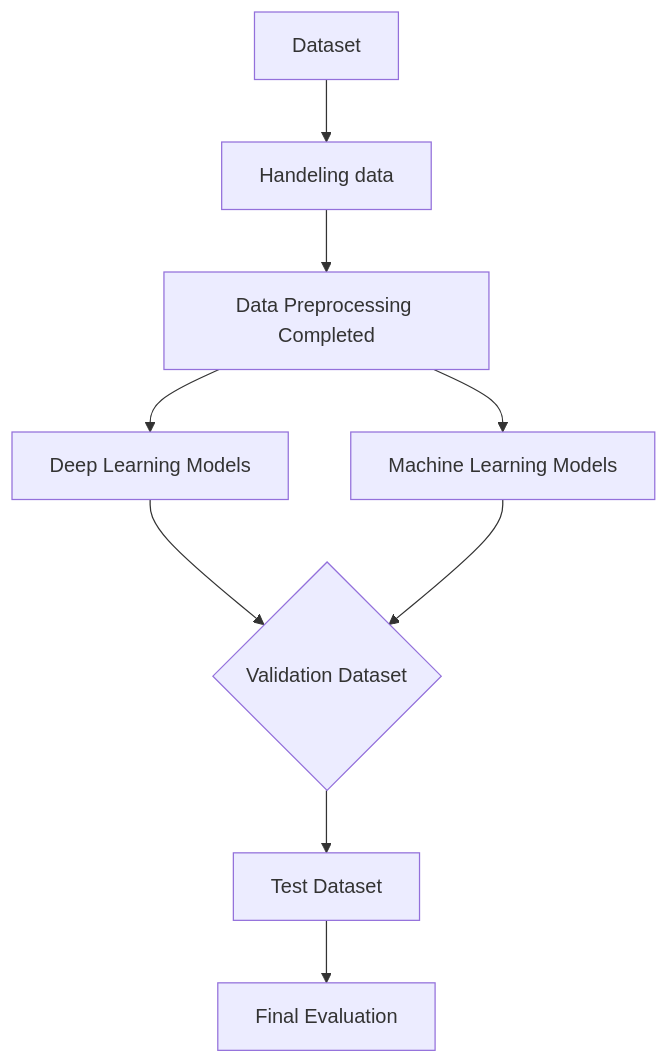
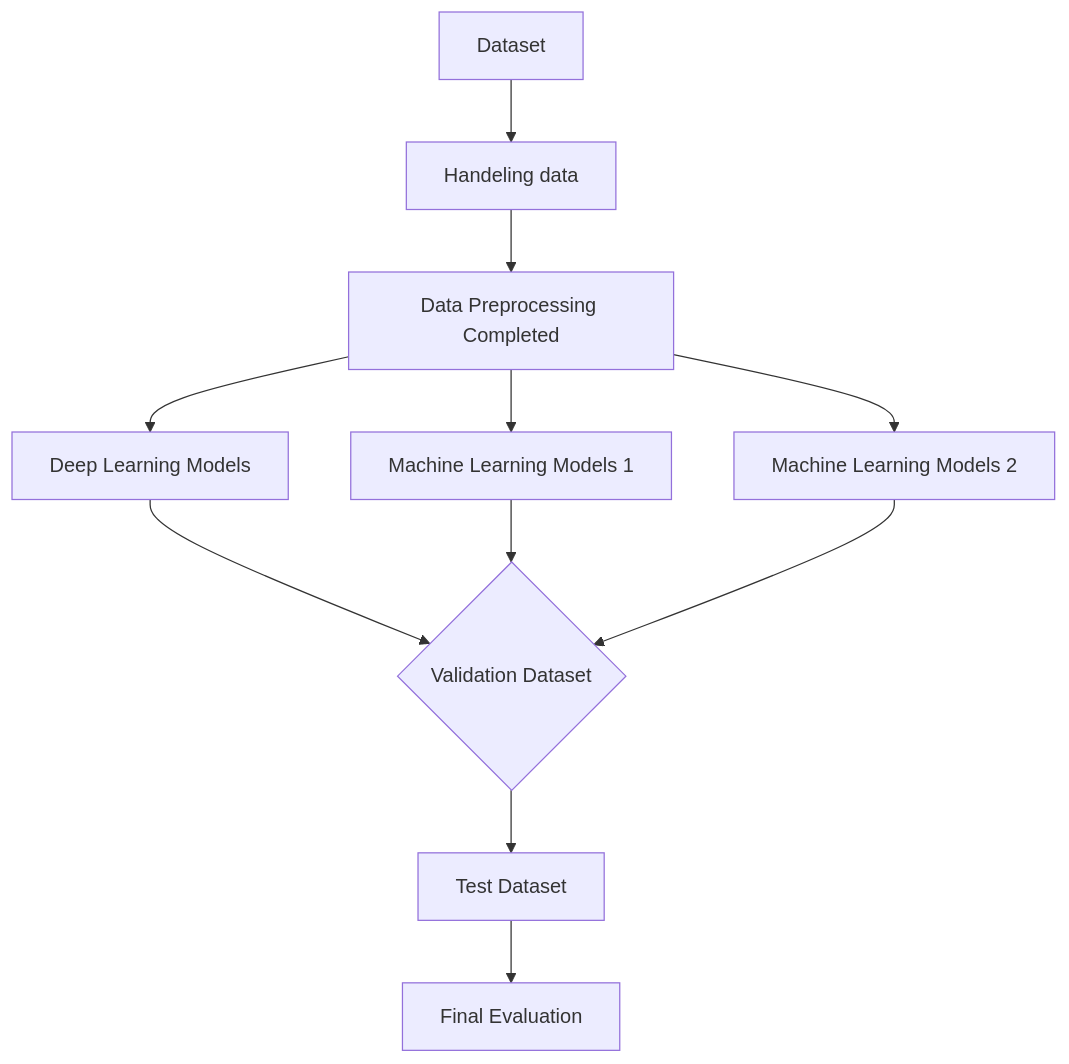
One commit to andrew76214/Kaggle-NLP_with_Disaster_Tweets changed the diagram in README.md. Above: the diagram before and after it, drawn with Mermaid.

Commit message:
update README pipline

````diff
--- a/README.md
+++ b/README.md
@@ -35,13 +35,15 @@
 ```mermaid
 flowchart TD
     A[Dataset] --> B[Handeling data]
     B --> C[Data Preprocessing Completed]
     C --> D[Deep Learning Models]
-    C --> E[Machine Learning Models]
+    C --> E[Machine Learning Models 1]
+    C --> F[Machine Learning Models 2]
 
-    D --> F{Validation Dataset}
-    E --> F
+    D --> G{Validation Dataset}
+    E --> G
+    F --> G
     
-    F --> G[Test Dataset]
-    G --> H[Final Evaluation]
+    G --> H[Test Dataset]
+    H --> I[Final Evaluation]
 ```
````
